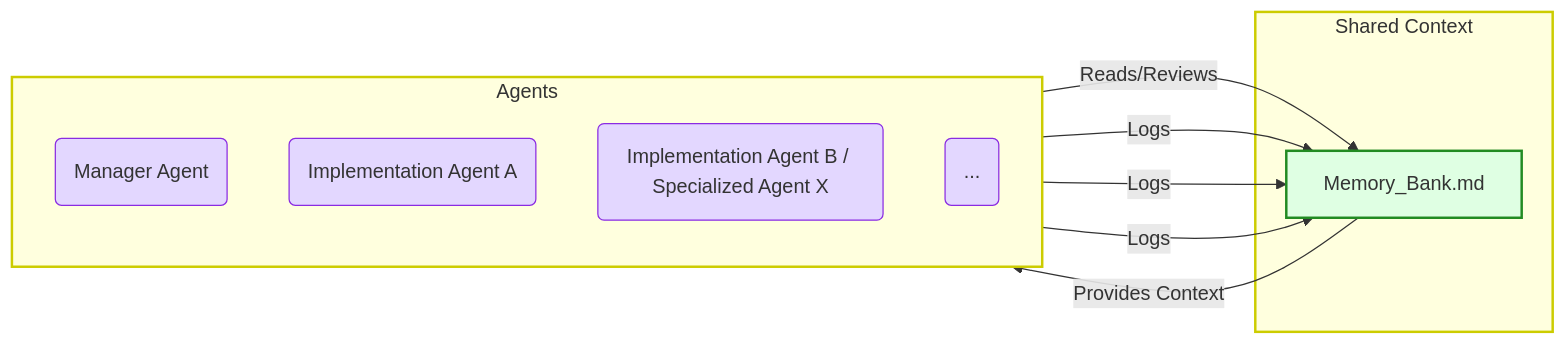
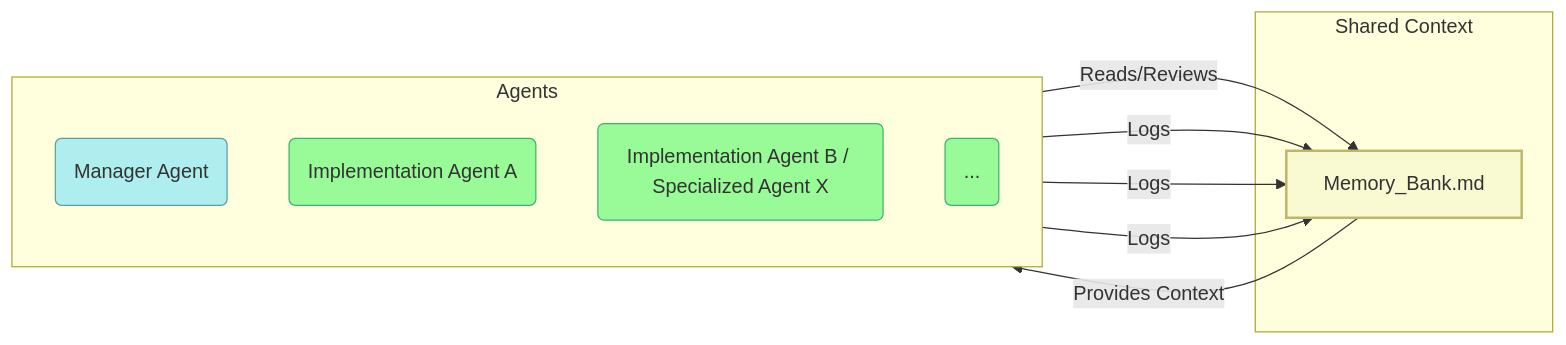
Before and after one commit to sdi2200262/agentic-project-management: the third of 3 diagrams in docs/01_Workflow_Overview.md, drawn with Mermaid. The commit also changed other lines of this file, not shown here.

Commit message:
fixed colors on graph'

````diff
--- a/docs/01_Workflow_Overview.md
+++ b/docs/01_Workflow_Overview.md
@@ -73,29 +73,29 @@
 ```mermaid
 graph LR
     subgraph sg_agents [Agents]
         direction TB
         MA(Manager Agent)
         IA(Implementation Agent A)
         IB(Implementation Agent B / Specialized Agent X) 
         ID(...)
     end
 
     subgraph sg_context [Shared Context]
         MB[Memory_Bank.md]
     end
 
     MA -- Reads/Reviews --> MB;
     MB -- Provides Context --> MA;
     IA -- Logs --> MB;
     IB -- Logs --> MB;
     ID -- Logs --> MB;
     
-    style sg_agents fill:#ffffde,stroke:#cc0,stroke-width:2px;
-    style sg_context fill:#ffffde,stroke:#cc0,stroke-width:2px;
-    style MA fill:#e3d7ff,stroke:#8a2be2;
-    style IA fill:#e3d7ff,stroke:#8a2be2;
-    style IB fill:#e3d7ff,stroke:#8a2be2;
-    style ID fill:#e3d7ff,stroke:#8a2be2;
-    style MB fill:#dfffe3,stroke:#228b22,stroke-width:2px;
+    
+    
+    style MA fill:#AFEEEE,stroke:#5F9EA0; 
+    style IA fill:#98FB98,stroke:#3CB371; 
+    style IB fill:#98FB98,stroke:#3CB371; 
+    style ID fill:#98FB98,stroke:#3CB371; 
+    style MB fill:#FAFAD2,stroke:#BDB76B,stroke-width:2px; 
 
 ```
````
